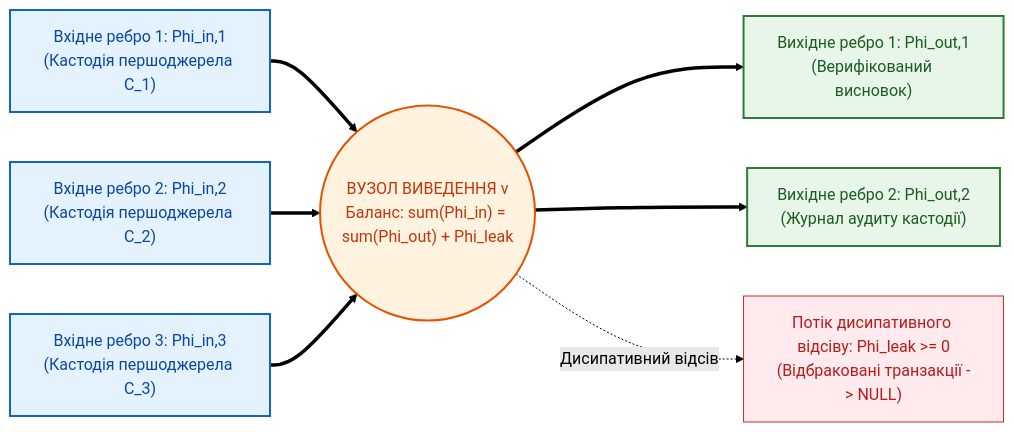
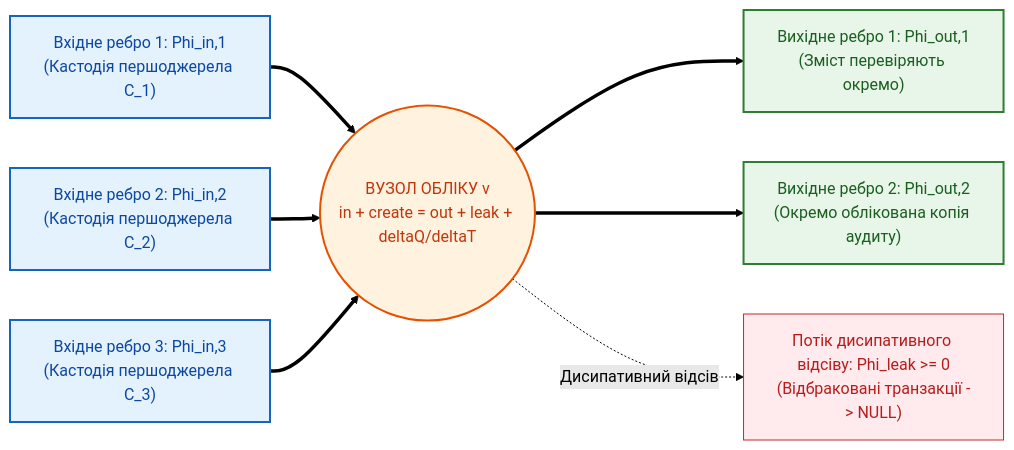
Before and after one commit to nick-fedchik/articles: the first of 2 diagrams in Epistemic_Circuit_Theory/ch03-topological-conservation-invariants.md, drawn with Mermaid (forest theme). The commit also changed other lines of this file and 28 other files, not shown here.

````diff
--- a/Epistemic_Circuit_Theory/ch03-topological-conservation-invariants.md
+++ b/Epistemic_Circuit_Theory/ch03-topological-conservation-invariants.md
@@ -46,32 +47,32 @@
 ```mermaid
 flowchart LR
     accTitle: Рисунок 3.1. Вузловий баланс потоків верифікованих транзакцій за першим топологічним інваріантом
-    accDescr: Три вхідні потоки кастодії сходяться у вузлі виведення, де частина транзакцій відсівається через потік дисипативних втрат Phi_leak, а решта утворює консервативний вихідний потік Phi_out без генерації непідтверджених тверджень.
+    accDescr: Три вхідні потоки повідомлень сходяться у вузлі обліку з виходами та відсівом. Баланс також враховує створення копій і зміну черги та не перевіряє істинність повідомлень.
 
     In1["Вхідне ребро 1: Phi_in,1\n(Кастодія першоджерела C_1)"]
     In2["Вхідне ребро 2: Phi_in,2\n(Кастодія першоджерела C_2)"]
     In3["Вхідне ребро 3: Phi_in,3\n(Кастодія першоджерела C_3)"]
 
-    Node(("ВУЗОЛ ВИВЕДЕННЯ v\nБаланс: sum(Phi_in) = sum(Phi_out) + Phi_leak"))
+    Node(("ВУЗОЛ ОБЛІКУ v\nin + create = out + leak + deltaQ/deltaT"))
 
-    Out1["Вихідне ребро 1: Phi_out,1\n(Верифікований висновок)"]
-    Out2["Вихідне ребро 2: Phi_out,2\n(Журнал аудиту кастодії)"]
+    Out1["Вихідне ребро 1: Phi_out,1\n(Зміст перевіряють окремо)"]
+    Out2["Вихідне ребро 2: Phi_out,2\n(Окремо облікована копія аудиту)"]
     Leak["Потік дисипативного відсіву: Phi_leak >= 0\n(Відбраковані транзакції -> NULL)"]
 
     In1 ==> Node
     In2 ==> Node
     In3 ==> Node
     Node ==> Out1
     Node ==> Out2
     Node -.->|"Дисипативний відсів"| Leak
 
     classDef inStyle fill:#e3f2fd,stroke:#1565c0,stroke-width:2px,color:#0d47a1;
     classDef nodeStyle fill:#fff3e0,stroke:#e65100,stroke-width:2px,color:#bf360c;
     classDef outStyle fill:#e8f5e9,stroke:#2e7d32,stroke-width:2px,color:#1b5e20;
     classDef leakStyle fill:#ffebee,stroke:#c62828,stroke-width:1px,color:#b71c1c;
 
     class In1,In2,In3 inStyle;
     class Node nodeStyle;
     class Out1,Out2 outStyle;
     class Leak leakStyle;
 ```
````
